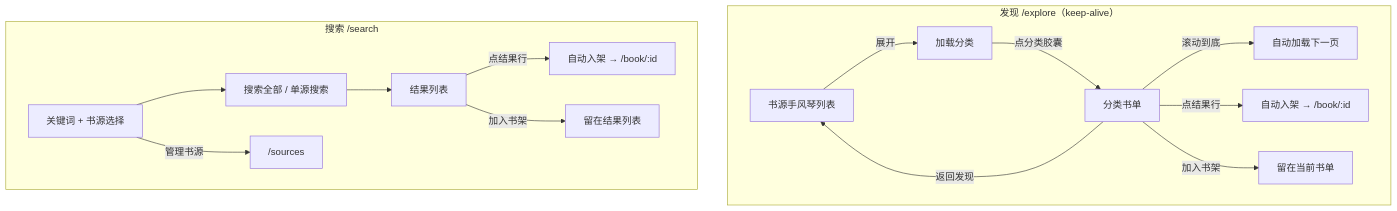
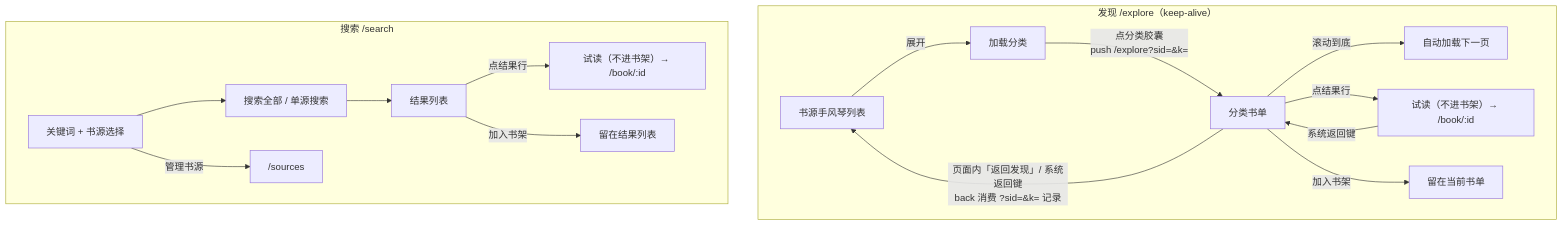
Diagram 16 of 21 in desktop/ARCHITECTURE-FLOWS.md (bingxl/legado), drawn with Mermaid before and after one commit. The commit also changed other lines of this file and 125 other files, not shown here.

````diff
--- a/desktop/ARCHITECTURE-FLOWS.md
+++ b/desktop/ARCHITECTURE-FLOWS.md
@@ -633,19 +645,20 @@
 ```mermaid
 flowchart TB
   subgraph EXPLORE["发现 /explore（keep-alive）"]
     E1["书源手风琴列表"] -->|"展开"| E2["加载分类"]
-    E2 -->|"点分类胶囊"| E3["分类书单"]
+    E2 -->|"点分类胶囊<br/>push /explore?sid=&k="| E3["分类书单"]
     E3 -->|"滚动到底"| E4["自动加载下一页"]
-    E3 -->|"点结果行"| E5["自动入架 → /book/:id"]
+    E3 -->|"点结果行"| E5["试读（不进书架）→ /book/:id"]
     E3 -->|"加入书架"| E6["留在当前书单"]
-    E3 -->|"返回发现"| E1
+    E3 -->|"页面内「返回发现」/ 系统返回键<br/>back 消费 ?sid=&k= 记录"| E1
+    E5 -->|"系统返回键"| E3
   end
 
   subgraph SEARCH["搜索 /search"]
     S1["关键词 + 书源选择"] --> S2["搜索全部 / 单源搜索"]
     S2 --> S3["结果列表"]
-    S3 -->|"点结果行"| S4["自动入架 → /book/:id"]
+    S3 -->|"点结果行"| S4["试读（不进书架）→ /book/:id"]
     S3 -->|"加入书架"| S5["留在结果列表"]
     S1 -->|"管理书源"| S6["/sources"]
   end
 ```
````
